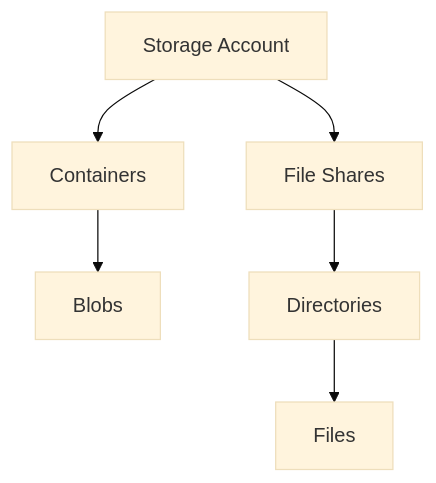
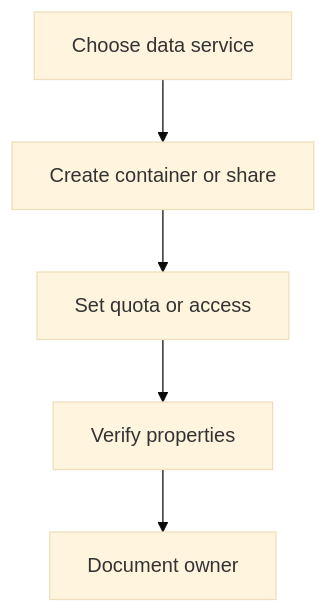
The diagram in docs/operations/manage-containers-and-shares.md (yeongseon/azure-storage-practical-guide), drawn with Mermaid (base theme) before and after one commit. The commit also changed other lines of this file and 90 other files, not shown here.

````diff
--- a/docs/operations/manage-containers-and-shares.md
+++ b/docs/operations/manage-containers-and-shares.md
@@ -26,8 +26,12 @@
 ```mermaid
-graph TD
-    A[Storage Account] --> B[Containers]
-    A --> C[File Shares]
-    B --> D[Blobs]
-    C --> E[Directories]
-    E --> F[Files]
+flowchart TD
+    A[Choose data service]
+    B[Create container or share]
+    A --> B
+    C[Set quota or access]
+    B --> C
+    D[Verify properties]
+    C --> D
+    E[Document owner]
+    D --> E
 ```
````
